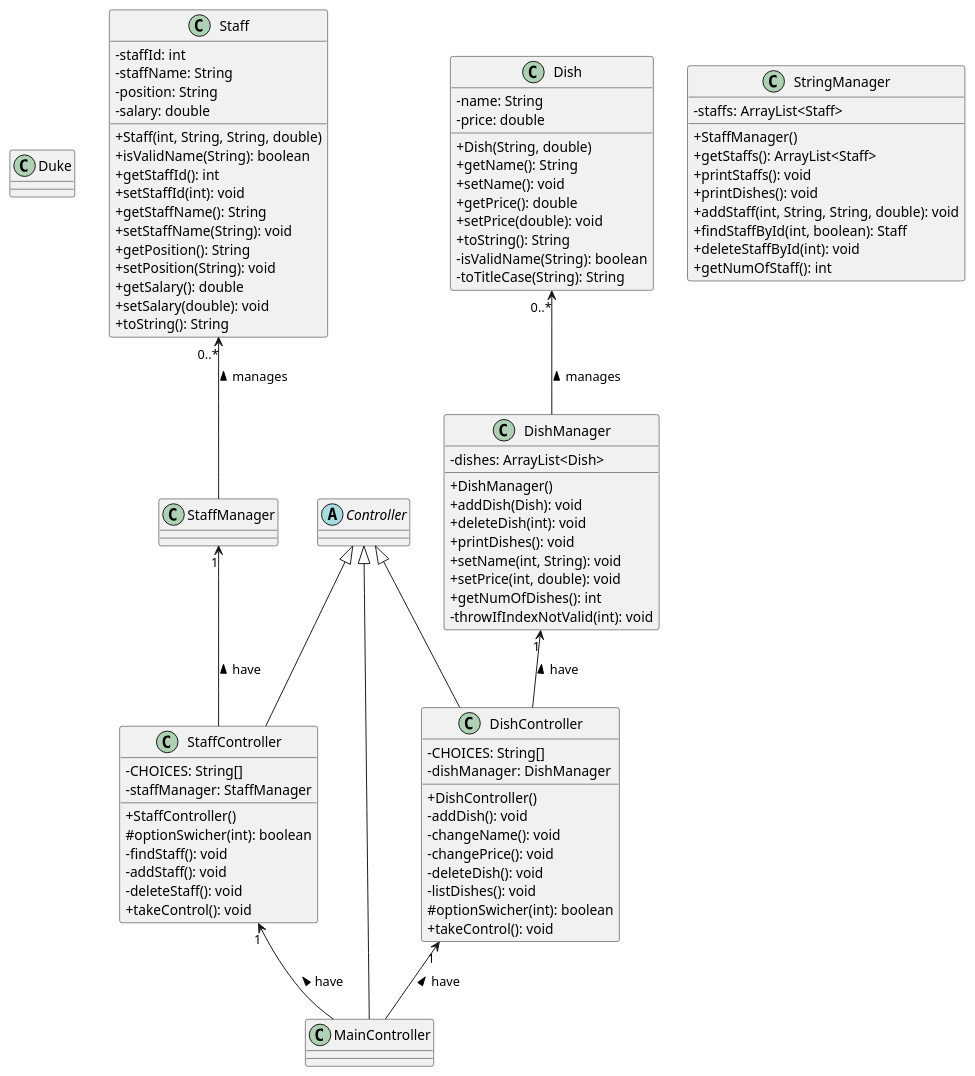
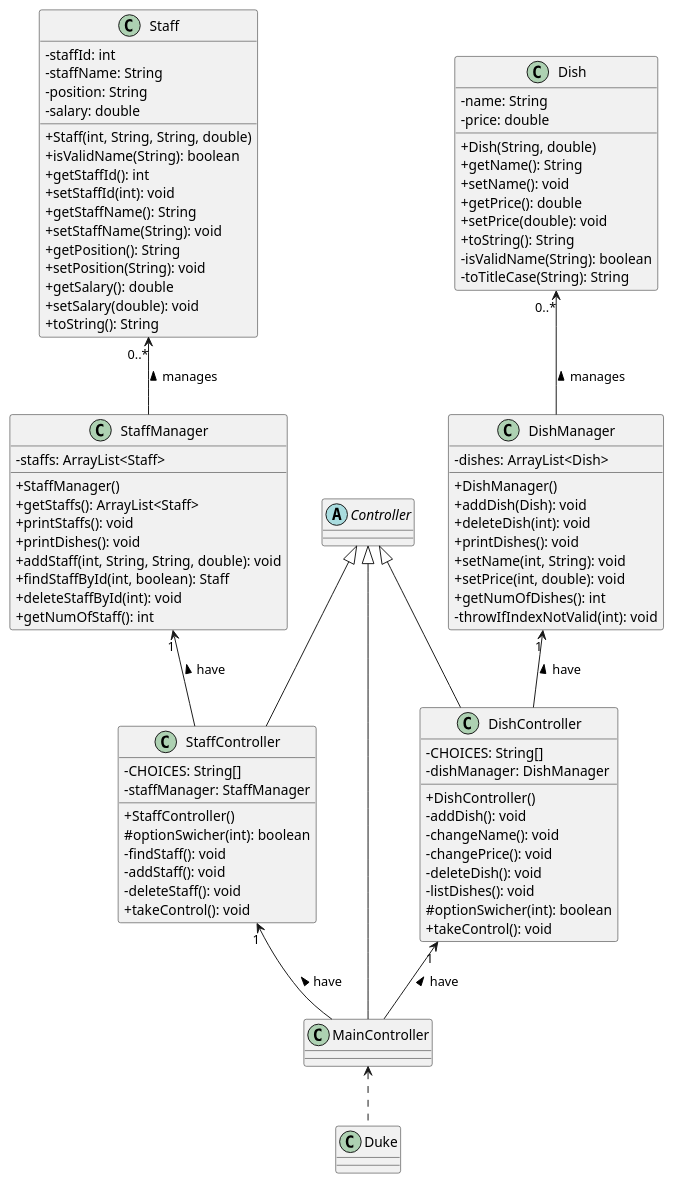
Before and after one commit to nus-cs2113-AY2122S2/tp: the diagram in docs/UML.puml, drawn with PlantUML.

Commit message:
Small changes

```diff
--- a/docs/UML.puml
+++ b/docs/UML.puml
@@ -1,114 +1,115 @@
 @startuml
 'https://plantuml.com/class-diagram
 skinparam classAttributeIconSize 0
 
 class Duke {
 
 }
 
 class MainController {
 
 }
+MainController <.. Duke
 Controller <|-- MainController
 DishController "1" <-- MainController: have <
 
 abstract class Controller {
 
 }
 
 
 class Dish {
     -name: String
     -price: double
     +Dish(String, double)
     +getName(): String
     +setName(): void
     +getPrice(): double
     +setPrice(double): void
     +toString(): String
     -isValidName(String): boolean
     -toTitleCase(String): String
 }
 
 class DishManager {
     -dishes: ArrayList<Dish>
     +DishManager()
     +addDish(Dish): void
     +deleteDish(int): void
     +printDishes(): void
     +setName(int, String): void
     +setPrice(int, double): void
     +getNumOfDishes(): int
     -throwIfIndexNotValid(int): void
 }
 Controller <|-- DishController
 
 
 class DishController {
     -CHOICES: String[]
     -dishManager: DishManager
     +DishController()
     -addDish(): void
     -changeName(): void
     -changePrice(): void
     -deleteDish(): void
     -listDishes(): void
     #optionSwicher(int): boolean
     +takeControl(): void
 }
 
 
 Dish "0..*" <-- DishManager: manages <
 
 DishManager "1" <-- DishController: have <
 
 class Staff {
     -staffId: int
     -staffName: String
     -position: String
     -salary: double
     +Staff(int, String, String, double)
     +isValidName(String): boolean
     +getStaffId(): int
     +setStaffId(int): void
     +getStaffName(): String
     +setStaffName(String): void
     +getPosition(): String
     +setPosition(String): void
     +getSalary(): double
     +setSalary(double): void
     +toString(): String
 }
 
-class StringManager {
+class StaffManager {
     -staffs: ArrayList<Staff>
     +StaffManager()
     +getStaffs(): ArrayList<Staff>
     +printStaffs(): void
     +printDishes(): void
     +addStaff(int, String, String, double): void
     +findStaffById(int, boolean): Staff
     +deleteStaffById(int): void
     +getNumOfStaff(): int
 }
 
 class StaffController {
     -CHOICES: String[]
     -staffManager: StaffManager
     +StaffController()
     #optionSwicher(int): boolean
     -findStaff(): void
     -addStaff(): void
     -deleteStaff(): void
     +takeControl(): void
 }
 
 Controller <|-- StaffController
 
 StaffController "1" <-- MainController: have <
 
 Staff "0..*" <-- StaffManager: manages <
 
 StaffManager "1" <-- StaffController: have <
 
 @enduml
```
